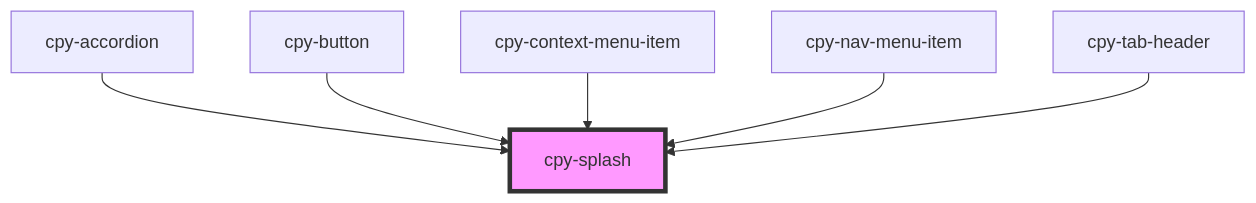
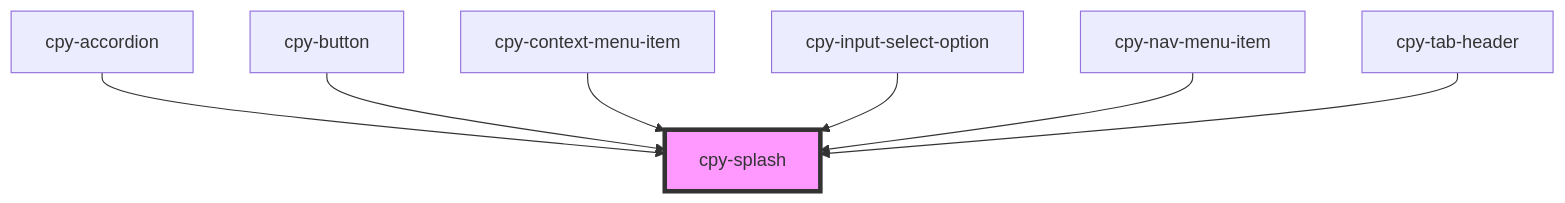
Before and after one commit to Lith1um/Canopy-Stencil: the diagram in stencil-lib/src/components/splash/readme.md, drawn with Mermaid. The commit also changed other lines of this file and 14 other files, not shown here.

````diff
--- a/stencil-lib/src/components/splash/readme.md
+++ b/stencil-lib/src/components/splash/readme.md
@@ -26,9 +27,10 @@
 ```mermaid
 graph TD;
   cpy-accordion --> cpy-splash
   cpy-button --> cpy-splash
   cpy-context-menu-item --> cpy-splash
+  cpy-input-select-option --> cpy-splash
   cpy-nav-menu-item --> cpy-splash
   cpy-tab-header --> cpy-splash
   style cpy-splash fill:#f9f,stroke:#333,stroke-width:4px
 ```
````
